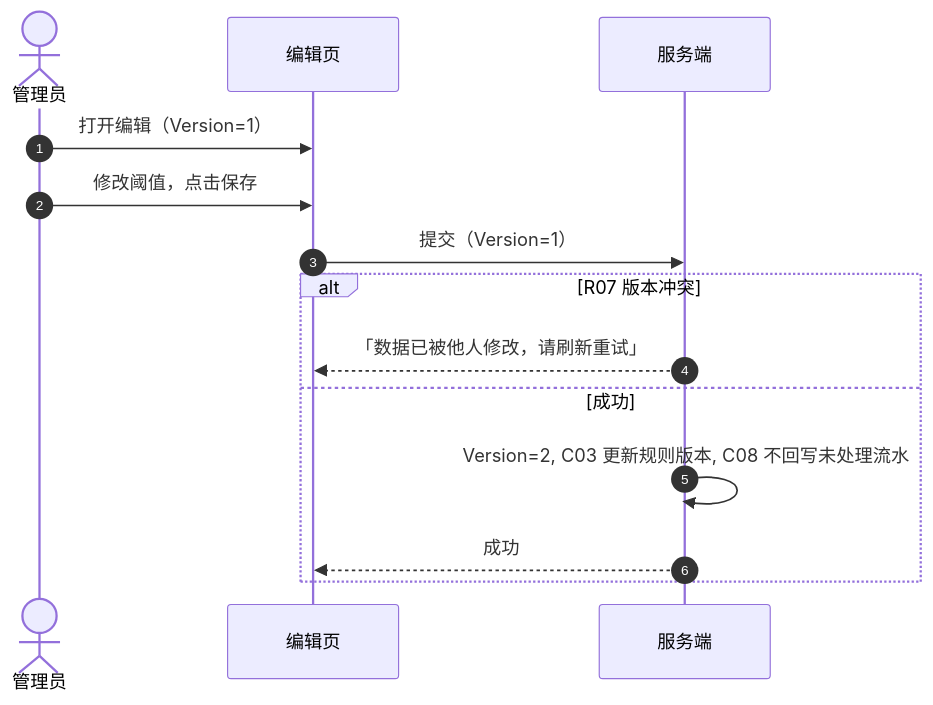
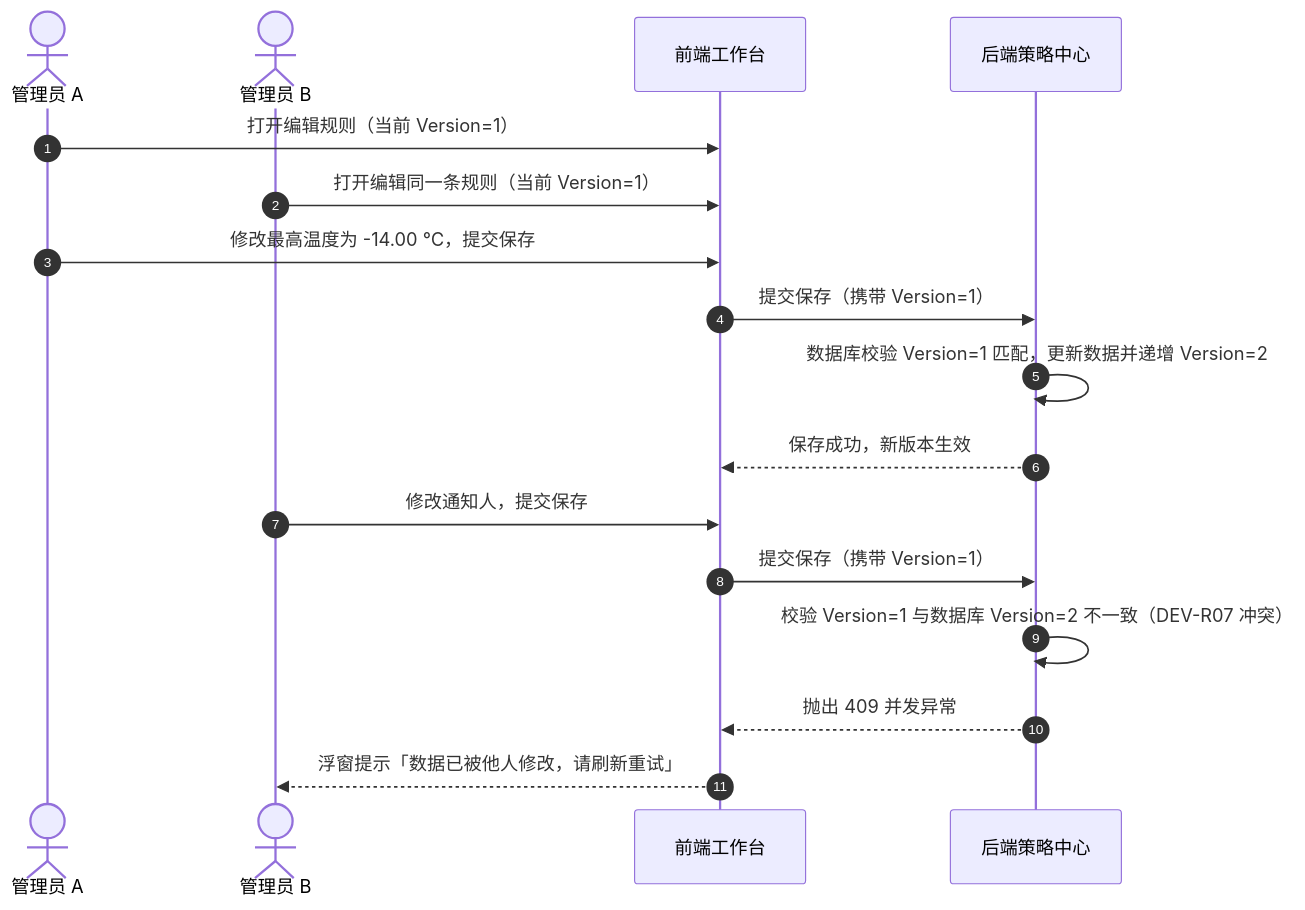
Before and after one commit to RobertHuang999/SYZC: the third of 3 diagrams in 02-PRD文档/B-迭代需求/6.2版本（2026.08）/03-预警配置/02设备预警配置/设备预警配置业务规则规格.md, drawn with Mermaid. The commit also changed other lines of this file and 146 other files, not shown here.

````diff
--- a/02-PRD文档/B-迭代需求/6.2版本（2026.08）/03-预警配置/02设备预警配置/设备预警配置业务规则规格.md
+++ b/02-PRD文档/B-迭代需求/6.2版本（2026.08）/03-预警配置/02设备预警配置/设备预警配置业务规则规格.md
@@ -331,17 +223,20 @@
 ```mermaid
 sequenceDiagram
     autonumber
-    actor Admin as 管理员
-    participant FE as 编辑页
-    participant API as 服务端
+    actor UserA as 管理员 A
+    actor UserB as 管理员 B
+    participant FE as 前端工作台
+    participant API as 后端策略中心
 
-    Admin->>FE: 打开编辑（Version=1）
-    Admin->>FE: 修改阈值，点击保存
-    FE->>API: 提交（Version=1）
-    alt R07 版本冲突
-        API-->>FE: 「数据已被他人修改，请刷新重试」
-    else 成功
-        API->>API: Version=2, C03 更新规则版本, C08 不回写未处理流水
-        API-->>FE: 成功
-    end
+    UserA->>FE: 打开编辑规则（当前 Version=1）
+    UserB->>FE: 打开编辑同一条规则（当前 Version=1）
+    UserA->>FE: 修改最高温度为 -14.00 ℃，提交保存
+    FE->>API: 提交保存（携带 Version=1）
+    API->>API: 数据库校验 Version=1 匹配，更新数据并递增 Version=2
+    API-->>FE: 保存成功，新版本生效
+    UserB->>FE: 修改通知人，提交保存
+    FE->>API: 提交保存（携带 Version=1）
+    API->>API: 校验 Version=1 与数据库 Version=2 不一致（DEV-R07 冲突）
+    API-->>FE: 抛出 409 并发异常
+    FE-->>UserB: 浮窗提示「数据已被他人修改，请刷新重试」
 ```
````
